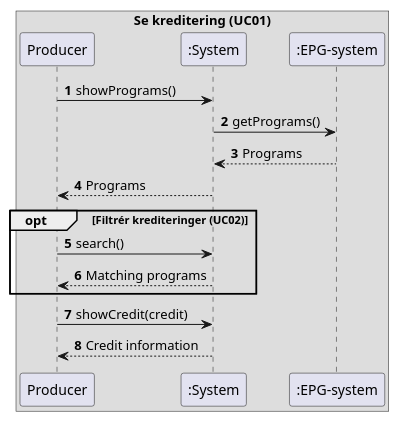
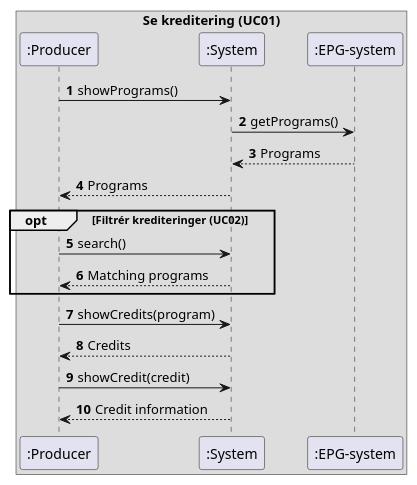
One commit to amatzen/SE02-SE-G02-SPRO changed the diagram in uml/sequence_diagrams/system/UC01_show_credit.puml. Above: the diagram before and after it, drawn with PlantUML. The commit also changed 11 other files, not shown here.

Commit message:
System diagrams

```diff
--- a/uml/sequence_diagrams/system/UC01_show_credit.puml
+++ b/uml/sequence_diagrams/system/UC01_show_credit.puml
@@ -1,25 +1,28 @@
 @startuml
 'https://plantuml.com/sequence-diagram
 
 autonumber
 
 box Se kreditering (UC01)
-    participant "Producer" as producer
+    participant ":Producer" as producer
     participant ":System" as system
     participant ":EPG-system" as epg
 end box
 
 producer -> system : showPrograms()
 system -> epg : getPrograms()
 system <-- epg : Programs
 producer <-- system : Programs
 
 opt Filtrér krediteringer (UC02)
     producer -> system : search()
     producer <-- system : Matching programs
 end
 
+producer -> system : showCredits(program)
+producer <-- system : Credits
+
 producer -> system : showCredit(credit)
 producer <-- system : Credit information
 
 @enduml
```
